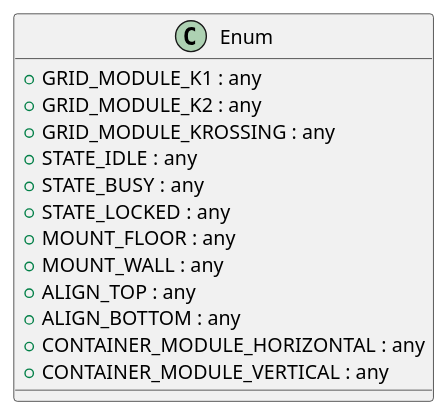
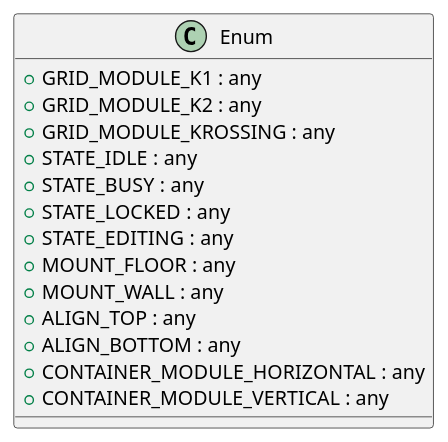
The diagram in uml/ts/Enum.puml (Neticon/webgl), drawn with PlantUML before and after one commit. The commit also changed 9 other files, not shown here.

```diff
--- a/uml/ts/Enum.puml
+++ b/uml/ts/Enum.puml
@@ -1,18 +1,19 @@
 @startuml
 class Enum{
   +GRID_MODULE_K1 : any
   +GRID_MODULE_K2 : any
   +GRID_MODULE_KROSSING : any
   +STATE_IDLE : any
   +STATE_BUSY : any
   +STATE_LOCKED : any
+  +STATE_EDITING : any
   +MOUNT_FLOOR : any
   +MOUNT_WALL : any
   +ALIGN_TOP : any
   +ALIGN_BOTTOM : any
   +CONTAINER_MODULE_HORIZONTAL : any
   +CONTAINER_MODULE_VERTICAL : any
 }
 
 
 @enduml
```
